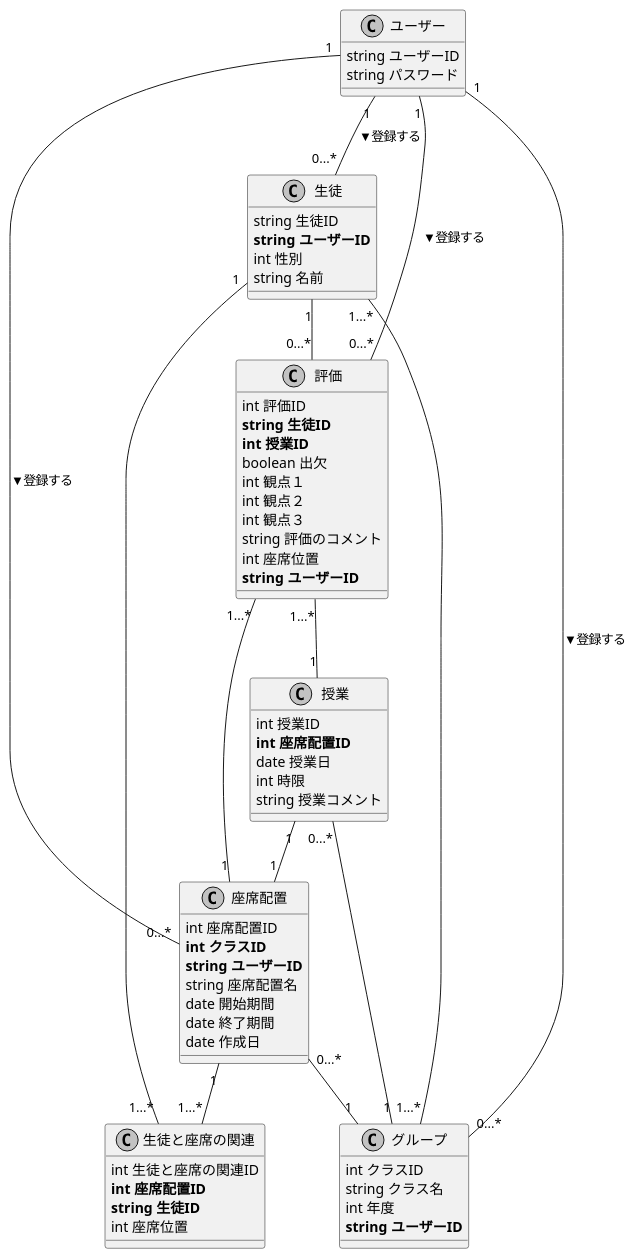
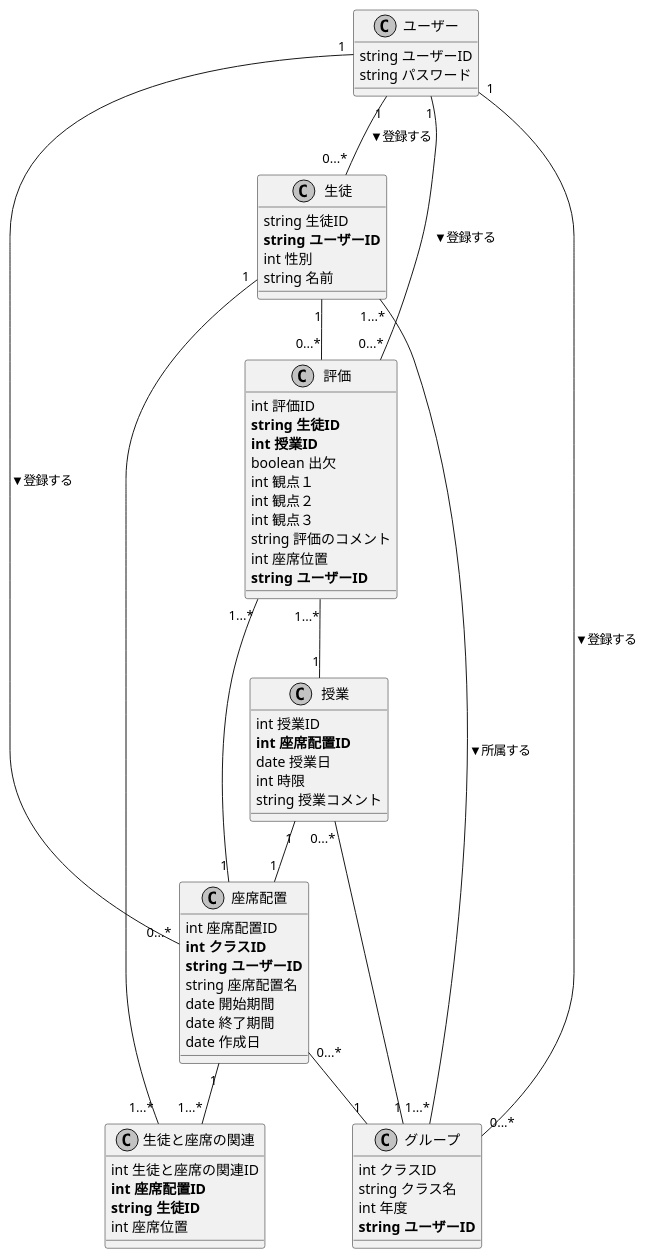
Before and after one commit to hatosableSAN/KTaNE-Expertingweb: the diagram in docs/class.pu, drawn with PlantUML.

Commit message:
update:関連名を追記しました。

```diff
--- a/docs/class.pu
+++ b/docs/class.pu
@@ -1,78 +1,78 @@
 @startuml class_diagram
 skinparam monochrome true
 skinparam shadowing false
 ' クラスを定義
 
 class ユーザー{
     string ユーザーID
     string パスワード
 }
 
 class 生徒{
     string 生徒ID
     **string ユーザーID**
     int 性別
     string 名前
 }
 class グループ{
     int クラスID
     string クラス名
     int 年度
     **string ユーザーID**
 }
 
 class 座席配置{
     int 座席配置ID
     **int クラスID**
     **string ユーザーID**
     string 座席配置名
     date 開始期間
     date 終了期間
     date 作成日
 }
 class 生徒と座席の関連{
     int 生徒と座席の関連ID
     **int 座席配置ID**
     **string 生徒ID**
     int 座席位置
 }
 class 評価{
     int 評価ID
     **string 生徒ID**
     **int 授業ID**
     boolean 出欠
     int 観点１
     int 観点２
     int 観点３
     string 評価のコメント
     int 座席位置
     **string ユーザーID**
 }
 
 class 授業{
     int 授業ID
     **int 座席配置ID**
     date 授業日
     int 時限
     string 授業コメント
 }
 
 
 ' 関係を定義
 'left to right direction
 
 座席配置 "1"--"1...*" 生徒と座席の関連
 評価 "1...*" -- "1"  授業
-生徒 "1...*" -- "1...*" グループ
+生徒 "1...*" -- "1...*" グループ :▼所属する
 生徒"1" -- "0...*" 評価
 ユーザー"1" -- "0...*" 生徒 :▼登録する
 ユーザー"1" -- "0...*" 座席配置 :▼登録する
 ユーザー"1" -- "0...*" グループ :▼登録する
 座席配置 "0...*" -- "1"グループ
 生徒と座席の関連 "1...*" -- "1" 生徒
 評価 "0...*" -- "1" ユーザー :▼登録する
 授業 "0...*"-- "1"グループ
 座席配置 "1"--"1...*" 評価
 授業 "1"-- "1" 座席配置
 ' umlの終了を宣言
 @enduml
```
